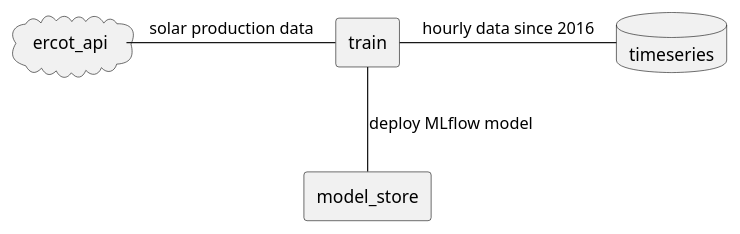
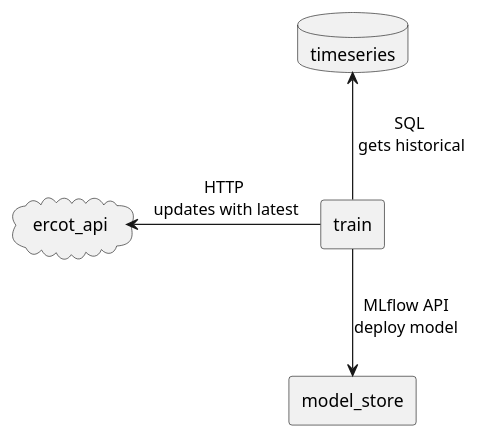
One commit to arcnode-io/ems-analyst-model changed the second of 3 diagrams in readme.md. Above: the diagram before and after it, drawn with PlantUML. The commit also changed other lines of this file and 12 other files, not shown here.

````diff
--- a/readme.md
+++ b/readme.md
@@ -42,9 +43,9 @@
 ```plantuml
 cloud ercot_api
 rectangle train
 database timeseries
 rectangle model_store
-ercot_api - train: solar production data
-train - timeseries: hourly data since 2016
-train -d- model_store: deploy MLflow model
+train -l-> ercot_api: HTTP\n updates with latest
+train -u-> timeseries: SQL\n gets historical
+train -d-> model_store: MLflow API\ndeploy model
 ```
````
